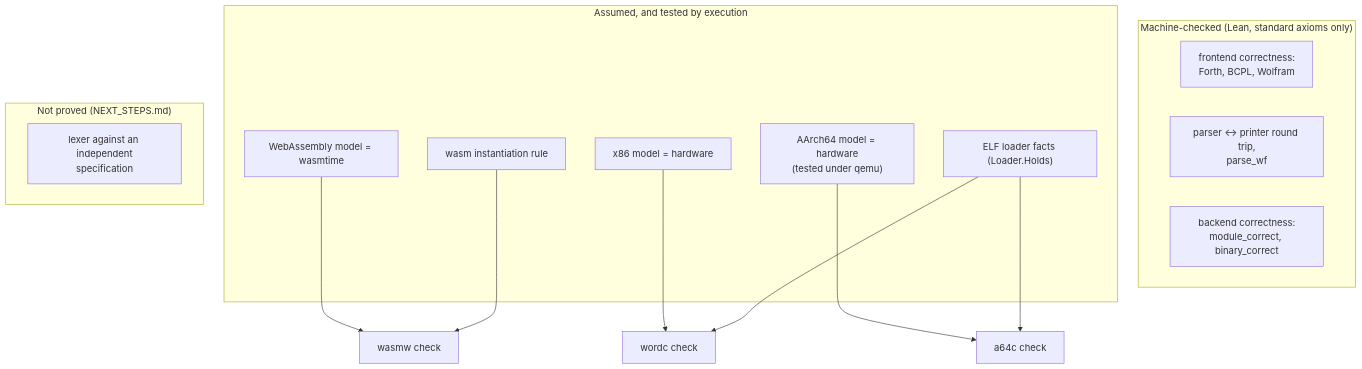
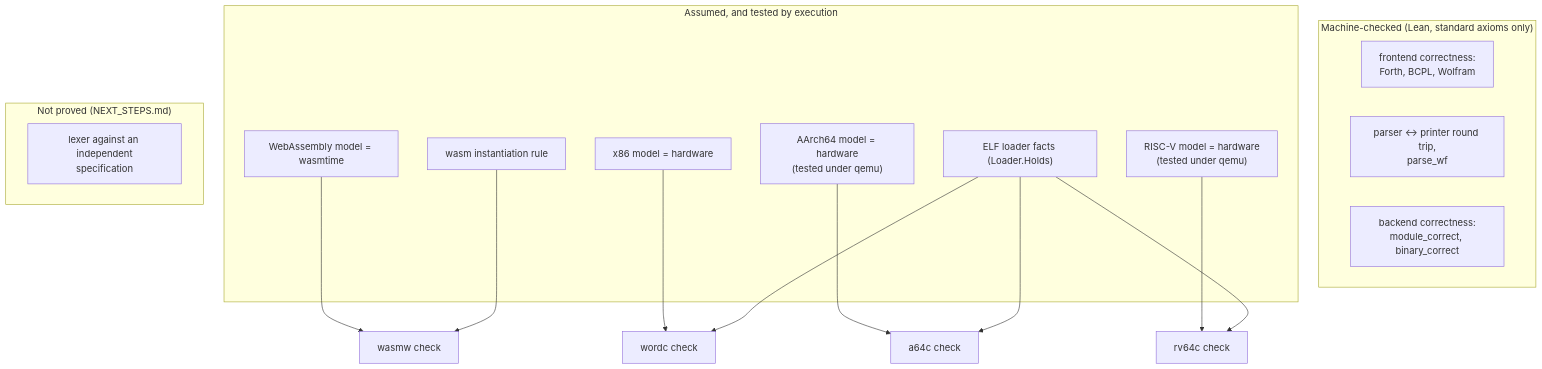
Diagram 16 of 17 in docs/README.md (SNAPKITTYAGENT9NOVA/ai-free), drawn with Mermaid before and after one commit. The commit also changed other lines of this file and 27 other files, not shown here.

````diff
--- a/docs/README.md
+++ b/docs/README.md
@@ -961,24 +1000,27 @@
 ```mermaid
 flowchart TD
   subgraph Proved["Machine-checked (Lean, standard axioms only)"]
     FE["frontend correctness:<br/>Forth, BCPL, Wolfram"]
     PA["parser ↔ printer round trip,<br/>parse_wf"]
     BE["backend correctness:<br/>module_correct, binary_correct"]
   end
   subgraph Assumed["Assumed, and tested by execution"]
     WM["WebAssembly model = wasmtime"]
     XM["x86 model = hardware"]
     AM["AArch64 model = hardware<br/>(tested under qemu)"]
+    RM["RISC-V model = hardware<br/>(tested under qemu)"]
     INST["wasm instantiation rule"]
     LDR["ELF loader facts (Loader.Holds)"]
   end
   subgraph Unproved["Not proved (NEXT_STEPS.md)"]
     LEX["lexer against an independent<br/>specification"]
   end
   WM --> T1["wasmw check"]
   INST --> T1
   XM --> T2["wordc check"]
   LDR --> T2
   AM --> T3["a64c check"]
   LDR --> T3
+  RM --> T4["rv64c check"]
+  LDR --> T4
 ```
````
